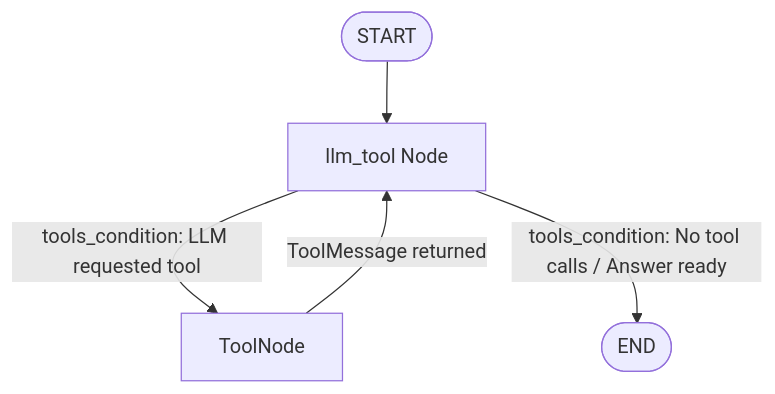
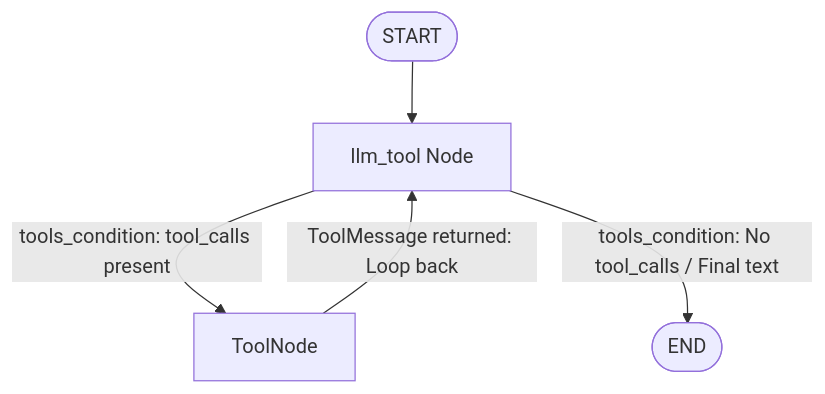
Before and after one commit to Shivanshvyas1729/Krish_naik_rag_notes2: the third of 3 diagrams in notes.md, drawn with Mermaid. The commit also changed other lines of this file and 2 other files, not shown here.

````diff
--- a/notes.md
+++ b/notes.md
@@ -379,7 +292,7 @@
 ```mermaid
 graph TD
     START([START]) --> llm_tool[llm_tool Node]
-    llm_tool -->|tools_condition: LLM requested tool| tools[ToolNode]
-    tools -->|ToolMessage returned| llm_tool
-    llm_tool -->|tools_condition: No tool calls / Answer ready| END([END])
+    llm_tool -->|tools_condition: tool_calls present| tools[ToolNode]
+    tools -->|ToolMessage returned: Loop back| llm_tool
+    llm_tool -->|tools_condition: No tool_calls / Final text| END([END])
 ```
````
